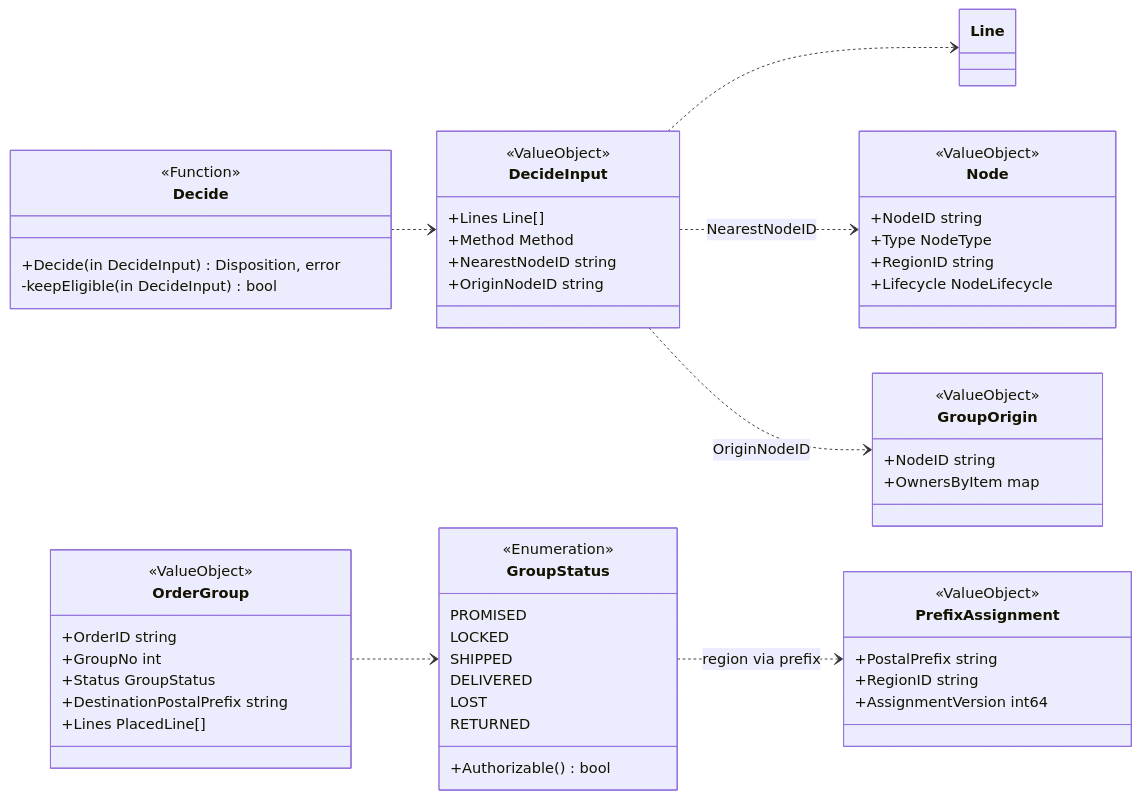
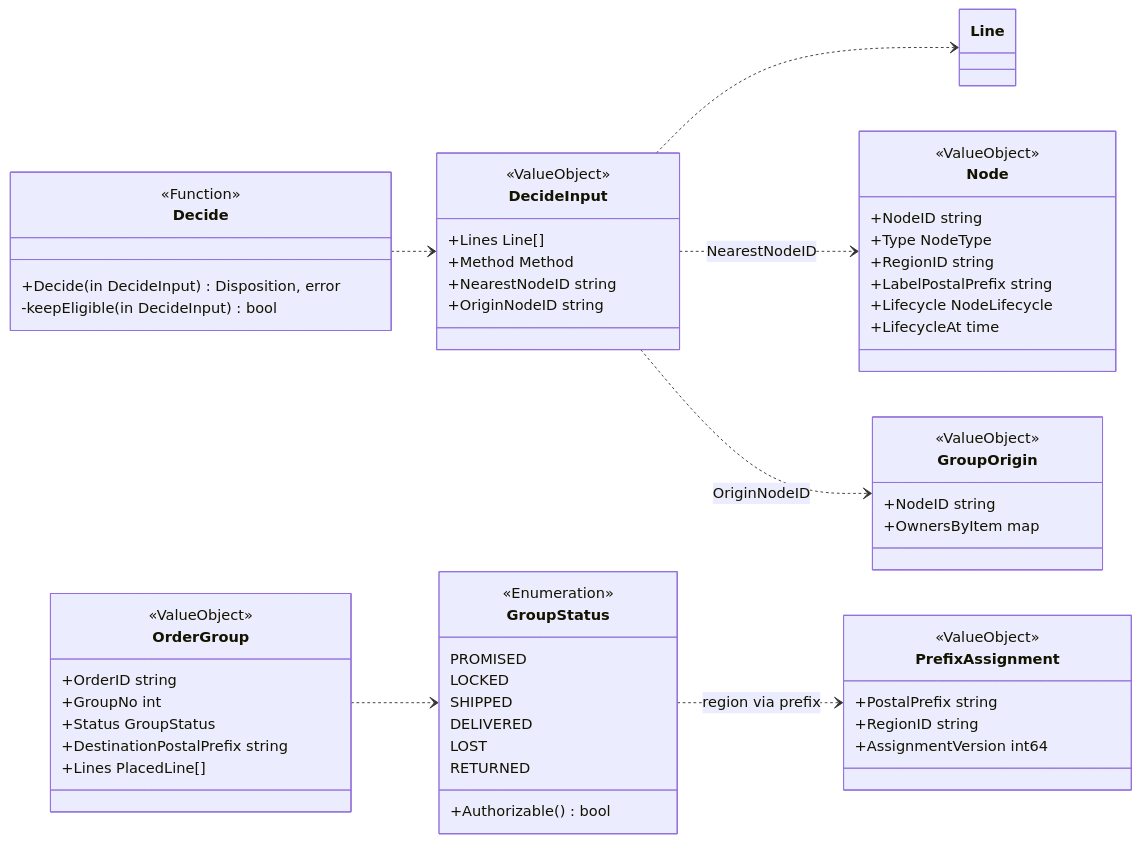
The second of 3 diagrams in docs/docs/ddd/class-diagram.md (IQVO/customer-returns), drawn with Mermaid before and after one commit. The commit also changed 13 other files, not shown here.

First line of the commit message:
docs: the label call names the destination node's prefix, and how to rebuild it

````diff
--- a/docs/docs/ddd/class-diagram.md
+++ b/docs/docs/ddd/class-diagram.md
@@ -97,58 +97,60 @@
 ```mermaid
 classDiagram
     direction LR
     class Decide {
         <<Function>>
         +Decide(in DecideInput) Disposition, error
         -keepEligible(in DecideInput) bool
     }
     class DecideInput {
         <<ValueObject>>
         +Lines Line[]
         +Method Method
         +NearestNodeID string
         +OriginNodeID string
     }
     class OrderGroup {
         <<ValueObject>>
         +OrderID string
         +GroupNo int
         +Status GroupStatus
         +DestinationPostalPrefix string
         +Lines PlacedLine[]
     }
     class GroupStatus {
         <<Enumeration>>
         PROMISED
         LOCKED
         SHIPPED
         DELIVERED
         LOST
         RETURNED
         +Authorizable() bool
     }
     class Node {
         <<ValueObject>>
         +NodeID string
         +Type NodeType
         +RegionID string
+        +LabelPostalPrefix string
         +Lifecycle NodeLifecycle
+        +LifecycleAt time
     }
     class PrefixAssignment {
         <<ValueObject>>
         +PostalPrefix string
         +RegionID string
         +AssignmentVersion int64
     }
     class GroupOrigin {
         <<ValueObject>>
         +NodeID string
         +OwnersByItem map
     }
     Decide ..> DecideInput
     DecideInput ..> Line
     DecideInput ..> Node : NearestNodeID
     DecideInput ..> GroupOrigin : OriginNodeID
     OrderGroup ..> GroupStatus
     GroupStatus ..> PrefixAssignment : region via prefix
 ```
````
